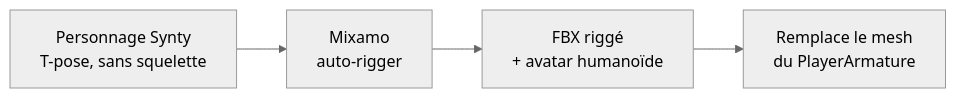
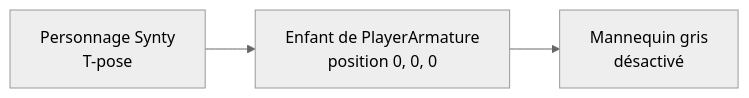
One commit to tim-montmorency/compendium changed the second of 2 diagrams in docs/582-301-interactivite-ludique/cours03.md. Above: the diagram before and after it, drawn with Mermaid (neutral theme). The commit also changed other lines of this file and 16 other files, not shown here.

````diff
--- a/docs/582-301-interactivite-ludique/cours03.md
+++ b/docs/582-301-interactivite-ludique/cours03.md
@@ -242,6 +249,5 @@
 ```mermaid
 graph LR
-    A[Personnage Synty<br/>T-pose, sans squelette] --> B[Mixamo<br/>auto-rigger]
-    B --> C[FBX riggé<br/>+ avatar humanoïde]
-    C --> D[Remplace le mesh<br/>du PlayerArmature]
+    A[Personnage Synty<br/>T-pose] --> B[Enfant de PlayerArmature<br/>position 0, 0, 0]
+    B --> C[Mannequin gris<br/>désactivé]
 ```
````
